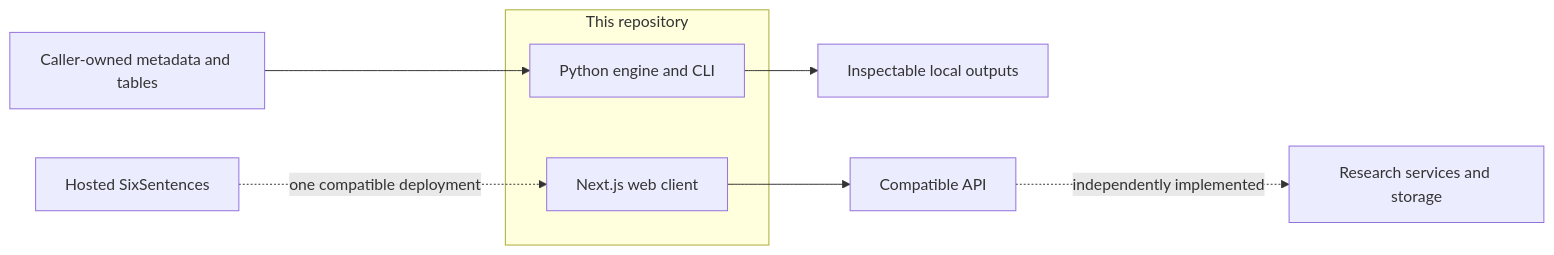
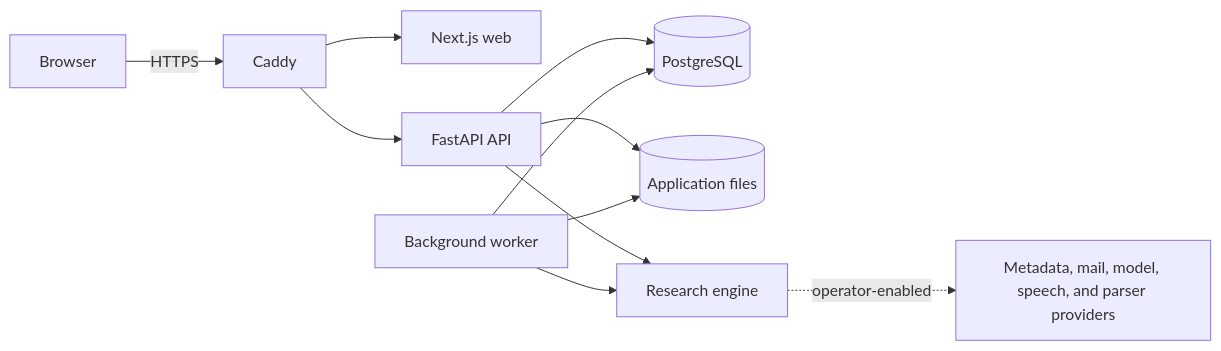
One commit to SixSentences/sixsentences changed the diagram in README.md. Above: the diagram before and after it, drawn with Mermaid. The commit also changed other lines of this file and 10 other files, not shown here.

````diff
--- a/README.md
+++ b/README.md
@@ -218,12 +95,13 @@
 ```mermaid
 flowchart LR
-    subgraph OSS[This repository]
-        E[Python engine and CLI]
-        W[Next.js web client]
-    end
-    I[Caller-owned metadata and tables] --> E
-    E --> O[Inspectable local outputs]
-    W --> A[Compatible API]
-    A -. independently implemented .-> S[Research services and storage]
-    H[Hosted SixSentences] -. one compatible deployment .-> W
+    B[Browser] -->|HTTPS| C[Caddy]
+    C --> W[Next.js web]
+    C --> A[FastAPI API]
+    A --> P[(PostgreSQL)]
+    A --> D[(Application files)]
+    Q[Background worker] --> P
+    Q --> D
+    A --> E[Research engine]
+    Q --> E
+    E -. operator-enabled .-> X[Metadata, mail, model, speech, and parser providers]
 ```
````
